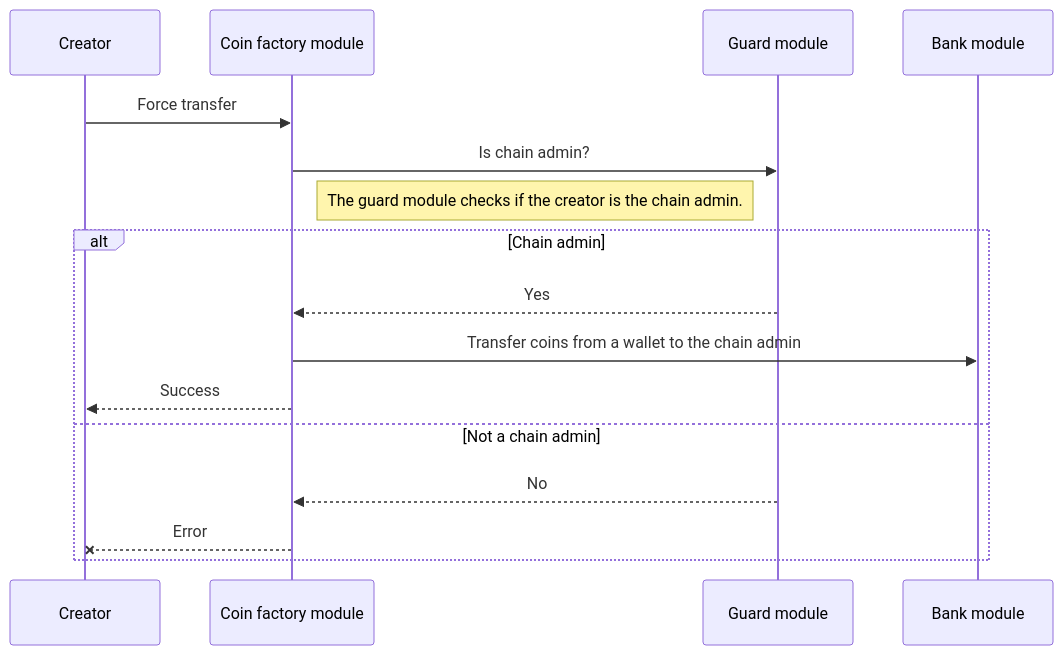
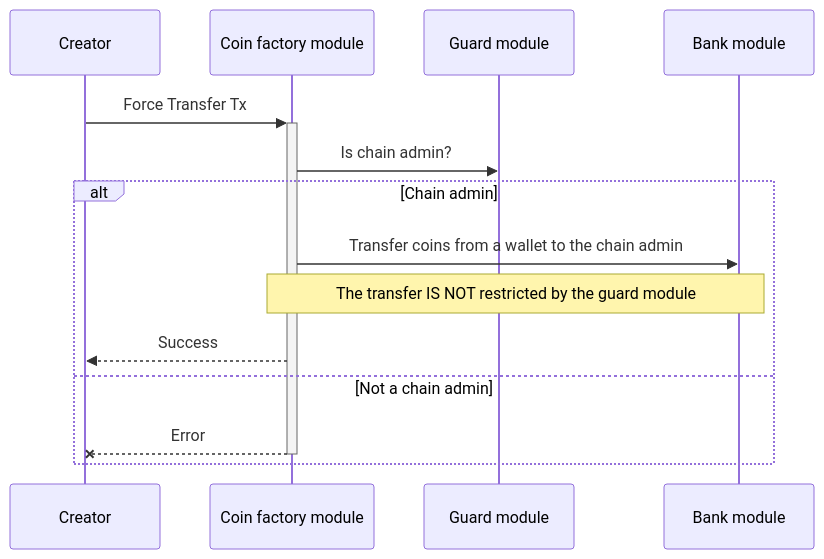
Before and after one commit to MANTRA-Chain/mantrachain: the sixth of 6 diagrams in x/coinfactory/spec/01_txs_flows.md, drawn with Mermaid. The commit also changed other lines of this file and 12 other files, not shown here.

Commit message:
docs: add update txs flows docs

````diff
--- a/x/coinfactory/spec/01_txs_flows.md
+++ b/x/coinfactory/spec/01_txs_flows.md
@@ -71,14 +81,12 @@
 ```mermaid
 sequenceDiagram
-Creator ->> Coin factory module: Force transfer
+Creator->>+Coin factory module: Force Transfer Tx
 Coin factory module->>Guard module: Is chain admin?
-Note left of Guard module: The guard module checks if the creator is the chain admin.
 alt Chain admin
-  Guard module-->>Coin factory module: Yes
   Coin factory module->>Bank module: Transfer coins from a wallet to the chain admin
-  Coin factory module-->> Creator: Success
+  Note over Coin factory module, Bank module: The transfer IS NOT restricted by the guard module
+  Coin factory module-->>Creator: Success
 else Not a chain admin
-  Guard module-->>Coin factory module: No
-  Coin factory module--x Creator: Error
+  Coin factory module--x-Creator: Error
 end
 ```
````
